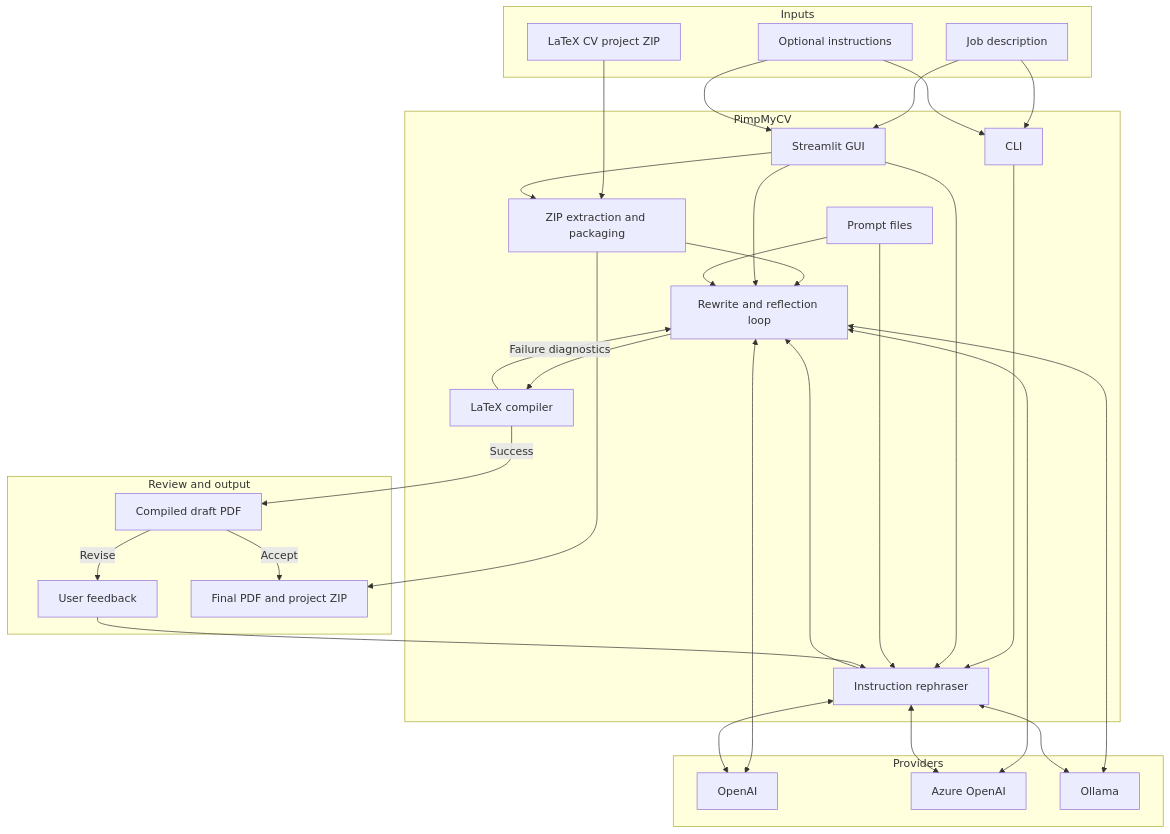
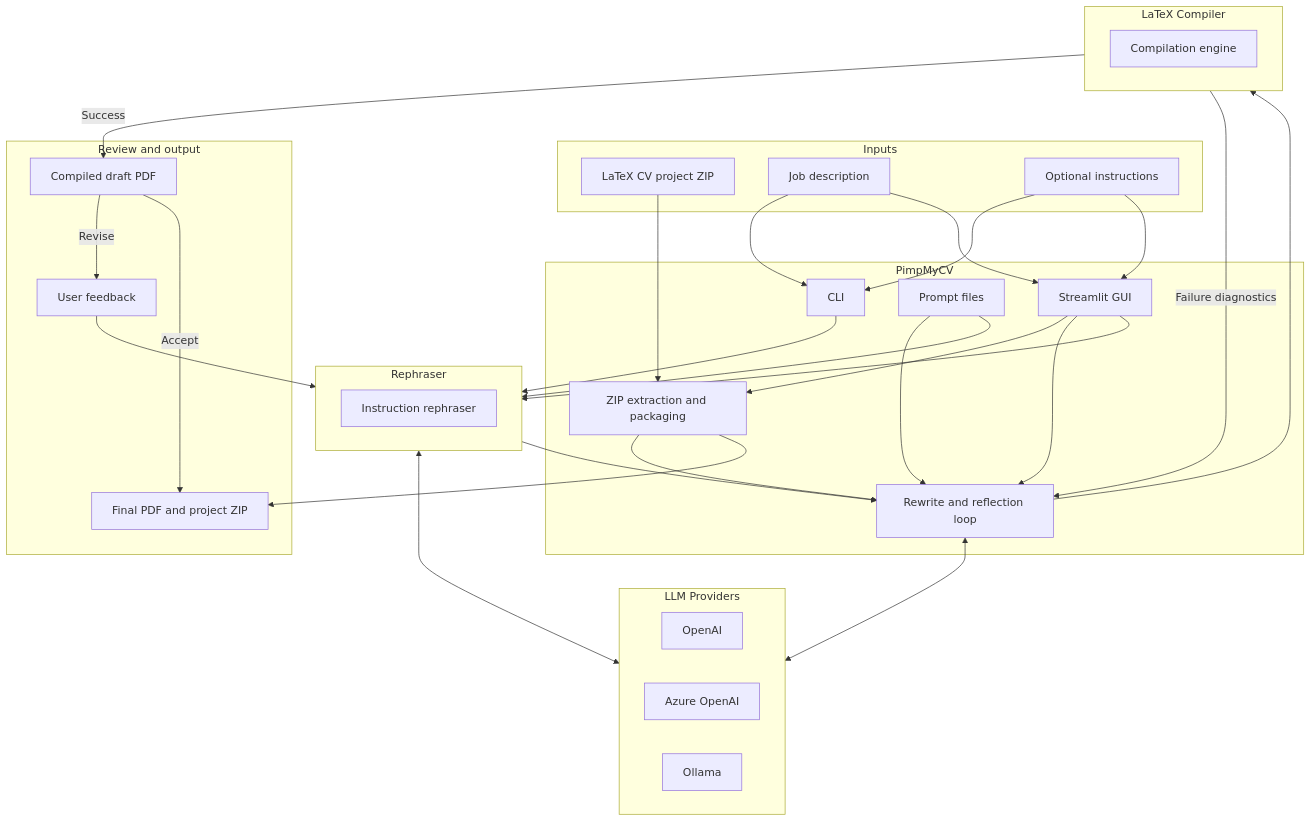
Before and after one commit to iosifidisvasileios/PimpMyCV: the diagram in README.md, drawn with Mermaid.

Commit message:
Refactor architecture diagram for better abstraction
- Separate Rephraser and Compiler into dedicated blocks
- Consolidate LLM Providers into single block with subcomponents
- Improve diagram clarity and modularity

````diff
--- a/README.md
+++ b/README.md
@@ -137,55 +137,57 @@
 ```mermaid
 graph TB
-    subgraph Inputs
+    subgraph Inputs["Inputs"]
         CV["LaTeX CV project ZIP"]
         Job["Job description"]
         Instructions["Optional instructions"]
     end
 
-    subgraph PimpMyCV
+    subgraph PimpMyCV["PimpMyCV"]
         CLI["CLI"]
         GUI["Streamlit GUI"]
         Archive["ZIP extraction and packaging"]
-        Rephraser["Instruction rephraser"]
         Agent["Rewrite and reflection loop"]
         Prompts["Prompt files"]
-        Compiler["LaTeX compiler"]
     end
 
-    subgraph Providers
+    subgraph Rephraser["Rephraser"]
+        R1["Instruction rephraser"]
+    end
+
+    subgraph Compiler["LaTeX Compiler"]
+        C1["Compilation engine"]
+    end
+
+    subgraph Providers["LLM Providers"]
         OpenAI["OpenAI"]
         Azure["Azure OpenAI"]
         Ollama["Ollama"]
     end
 
     subgraph Review_and_Output["Review and output"]
         Draft["Compiled draft PDF"]
         Feedback["User feedback"]
         Final["Final PDF and project ZIP"]
     end
 
     CV --> Archive --> Agent
     Job --> CLI
     Instructions --> CLI
     Job --> GUI
     Instructions --> GUI
     CLI --> Rephraser
     GUI --> Rephraser
     Rephraser --> Agent
     GUI --> Archive
     GUI --> Agent
     Prompts --> Agent
     Prompts --> Rephraser
-    Agent <--> OpenAI
-    Agent <--> Azure
-    Agent <--> Ollama
-    Rephraser <--> OpenAI
-    Rephraser <--> Azure
-    Rephraser <--> Ollama
+    Agent <--> Providers
+    Rephraser <--> Providers
     Agent --> Compiler
     Compiler -->|Success| Draft
     Compiler -->|Failure diagnostics| Agent
     Draft -->|Revise| Feedback --> Rephraser
     Draft -->|Accept| Final
     Archive --> Final
 ```
````
